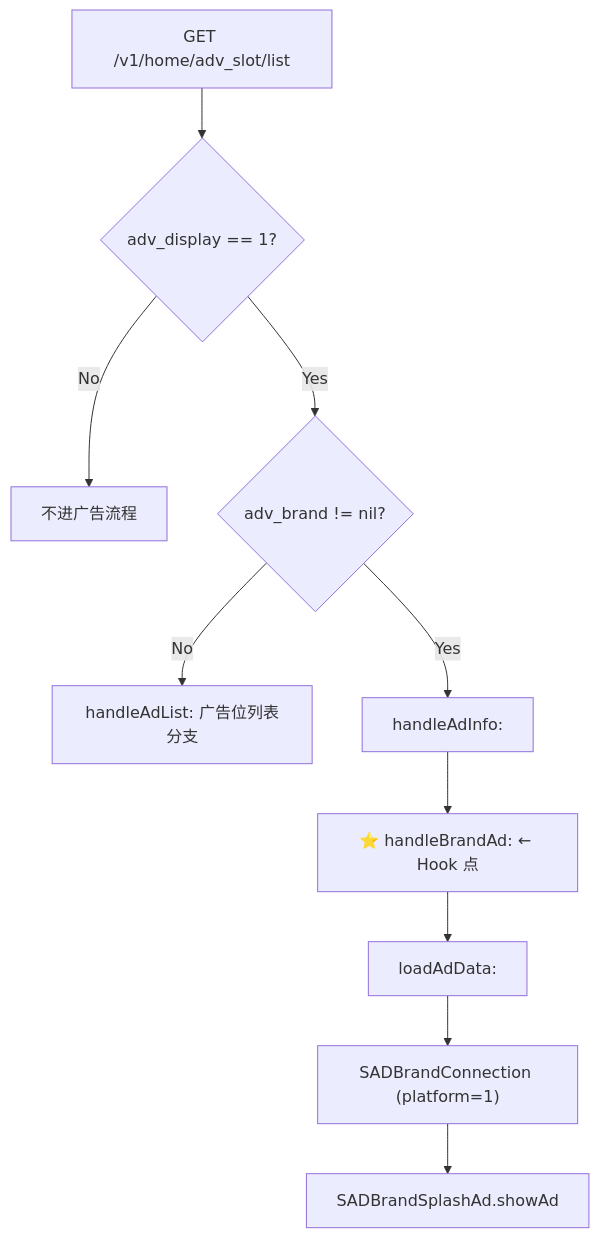
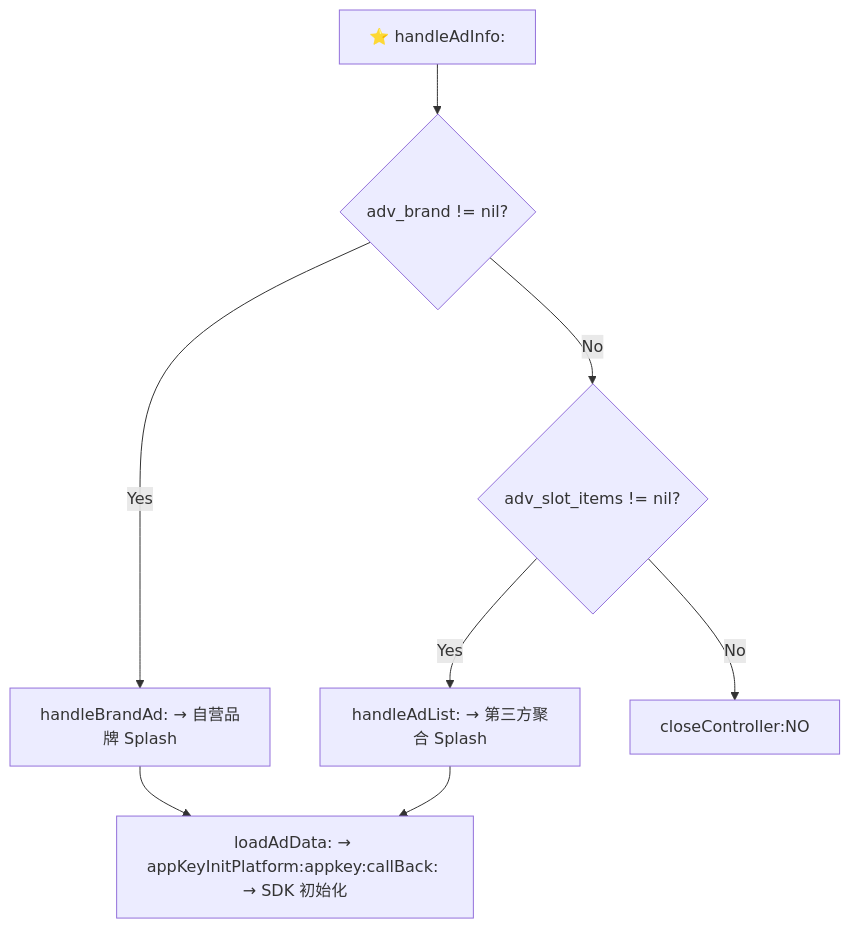
One commit to antisali996-dot/5eplay-noads changed the third of 3 diagrams in README.md. Above: the diagram before and after it, drawn with Mermaid. The commit also changed other lines of this file and 2 other files, not shown here.

First line of the commit message:
feat: v3.0 正式版 — Hook 点迁移到 handleAdInfo: 覆盖冷/热启动全广告类型

````diff
--- a/README.md
+++ b/README.md
@@ -61,12 +87,10 @@
 ```mermaid
 flowchart TD
-    A["GET /v1/home/adv_slot/list"] --> B{"adv_display == 1?"}
-    B -- "No" --> X["不进广告流程"]
-    B -- "Yes" --> C{"adv_brand != nil?"}
-    C -- "No" --> D["handleAdList: 广告位列表分支"]
-    C -- "Yes" --> E["handleAdInfo:"]
-    E --> F["⭐ handleBrandAd: ← Hook 点"]
-    F --> G["loadAdData:"]
-    G --> H["SADBrandConnection (platform=1)"]
-    H --> I["SADBrandSplashAd.showAd"]
+    A["⭐ handleAdInfo:"] --> B{"adv_brand != nil?"}
+    B -- "Yes" --> C["handleBrandAd: → 自营品牌 Splash"]
+    B -- "No" --> D{"adv_slot_items != nil?"}
+    D -- "Yes" --> E["handleAdList: → 第三方聚合 Splash"]
+    D -- "No" --> F["closeController:NO"]
+    C --> G["loadAdData: → appKeyInitPlatform:appkey:callBack: → SDK 初始化"]
+    E --> G
 ```
````
